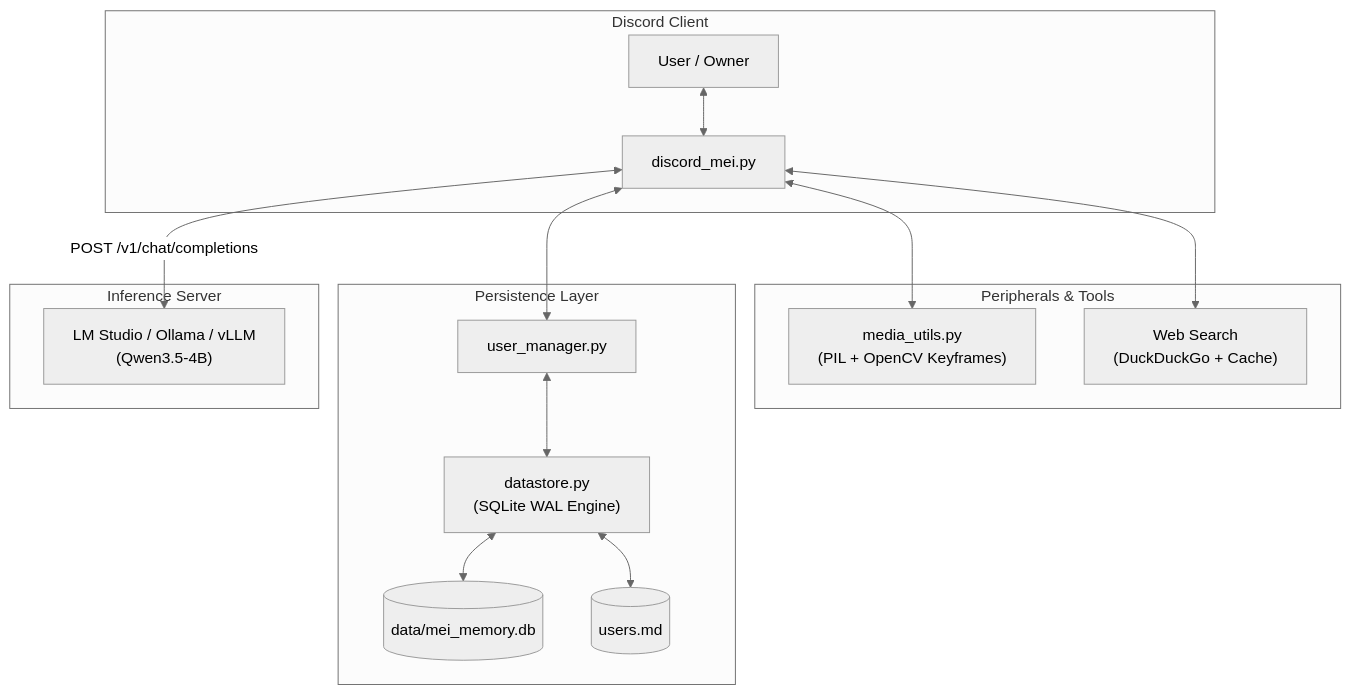
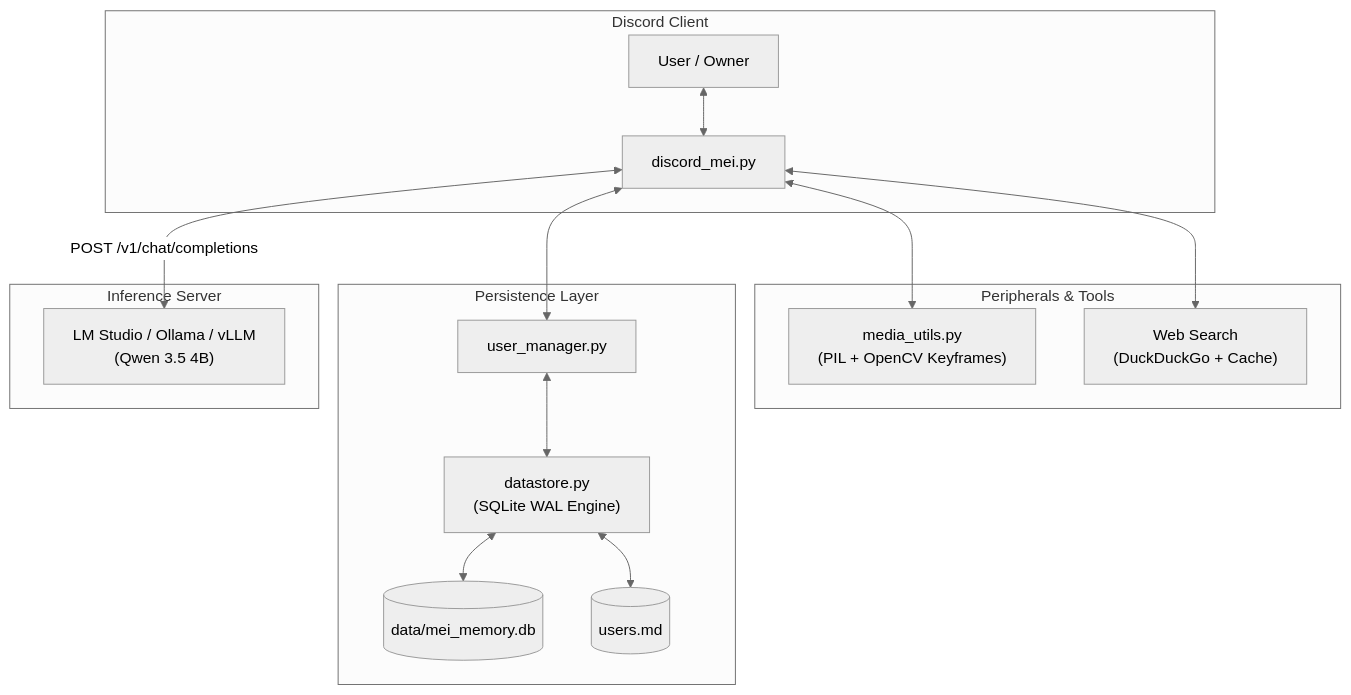
One commit to ItsDTYT/Disco-AI changed the diagram in README.md. Above: the diagram before and after it, drawn with Mermaid (neutral theme). The commit also changed other lines of this file, not shown here.

````diff
--- a/README.md
+++ b/README.md
@@ -54,22 +54,22 @@
 ```mermaid
 flowchart TD
     subgraph Discord["Discord Client"]
         User["User / Owner"] <--> Bot["discord_mei.py"]
     end
 
     subgraph Peripherals["Peripherals & Tools"]
         Bot <--> Media["media_utils.py<br/>(PIL + OpenCV Keyframes)"]
         Bot <--> Search["Web Search<br/>(DuckDuckGo + Cache)"]
     end
 
     subgraph Storage["Persistence Layer"]
         Bot <--> UserMgr["user_manager.py"]
         UserMgr <--> DataStore["datastore.py<br/>(SQLite WAL Engine)"]
         DataStore <--> DB[("data/mei_memory.db")]
         DataStore <--> Dossier[("users.md")]
     end
 
     subgraph Backend["Inference Server"]
-        Bot <-->|POST /v1/chat/completions| Engine["LM Studio / Ollama / vLLM<br/>(Qwen3.5-4B)"]
+        Bot <-->|POST /v1/chat/completions| Engine["LM Studio / Ollama / vLLM<br/>(Qwen 3.5 4B)"]
     end
 ```
````
